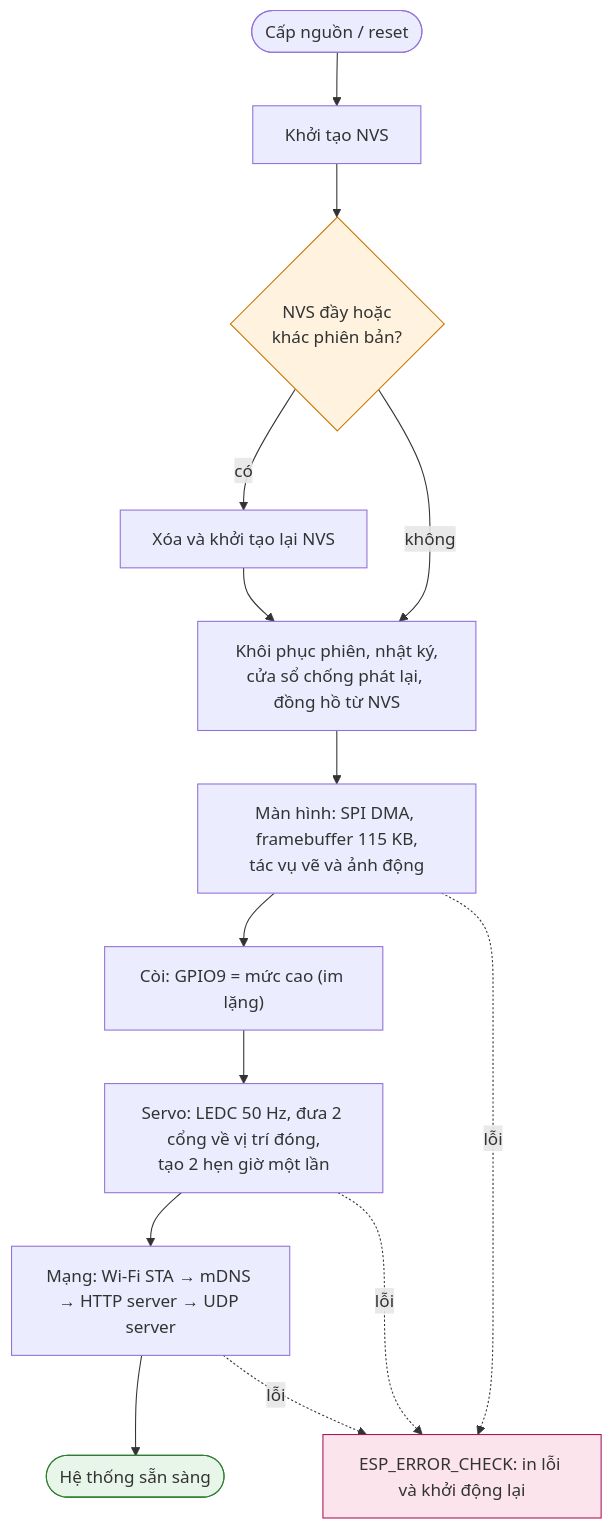
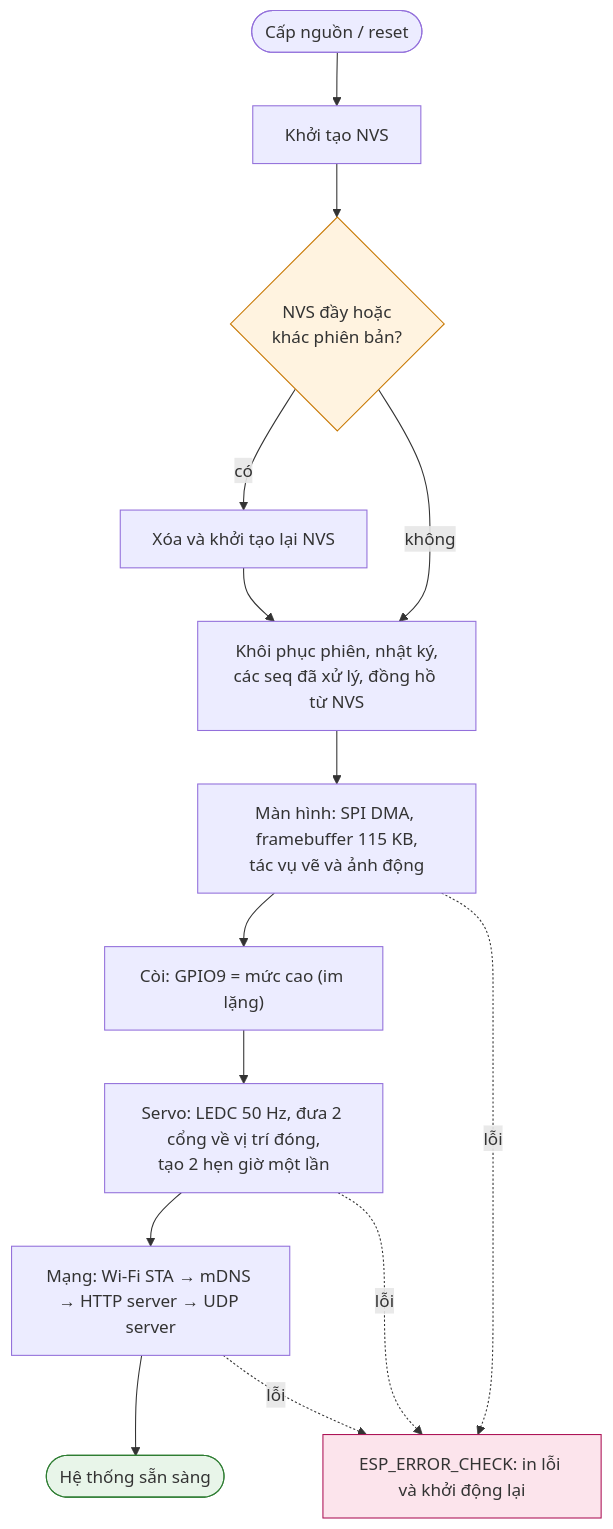
One commit to thinhdinh25/INT3108_embedded-Smart-Parking-Project changed the diagram in report/diagrams/boot.mmd. Above: the diagram before and after it, drawn with Mermaid. The commit also changed 57 other files, not shown here.

```diff
--- a/report/diagrams/boot.mmd
+++ b/report/diagrams/boot.mmd
@@ -1,17 +1,17 @@
 flowchart TD
   s0(["Cấp nguồn / reset"]) --> s1["Khởi tạo NVS"]
   s1 --> d1{"NVS đầy hoặc<br/>khác phiên bản?"}
   d1 -- có --> s1b["Xóa và khởi tạo lại NVS"] --> s1c
-  d1 -- không --> s1c["Khôi phục phiên, nhật ký,<br/>cửa sổ chống phát lại, đồng hồ từ NVS"]
+  d1 -- không --> s1c["Khôi phục phiên, nhật ký,<br/>các seq đã xử lý, đồng hồ từ NVS"]
   s1c --> s2["Màn hình: SPI DMA, framebuffer 115 KB,<br/>tác vụ vẽ và ảnh động"]
   s2 --> s3["Còi: GPIO9 = mức cao (im lặng)"]
   s3 --> s4["Servo: LEDC 50 Hz, đưa 2 cổng về vị trí đóng,<br/>tạo 2 hẹn giờ một lần"]
   s4 --> s5["Mạng: Wi-Fi STA → mDNS → HTTP server → UDP server"]
   s5 --> s6(["Hệ thống sẵn sàng"])
   s2 -. lỗi .-> err["ESP_ERROR_CHECK: in lỗi và khởi động lại"]
   s4 -. lỗi .-> err
   s5 -. lỗi .-> err
   classDef ok fill:#E8F5E9,stroke:#2E7D32;
   classDef bad fill:#FCE4EC,stroke:#AD1457;
   classDef dec fill:#FFF3E0,stroke:#C77700;
   class s6 ok; class err bad; class d1 dec;
```
